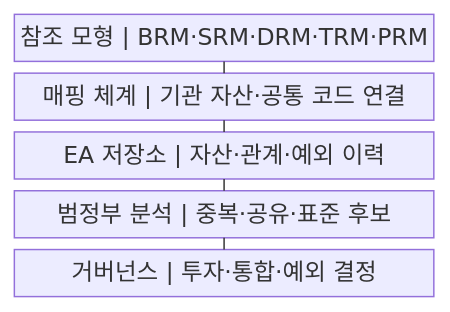
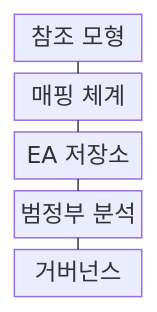
The first of 2 diagrams in src/content/docs/notes/03-software/190_government_ea_trm_drm.md (agnusdei1207/knowledge-base), drawn with Mermaid before and after one commit. The commit also changed other lines of this file and 238 other files, not shown here.

````diff
--- a/src/content/docs/notes/03-software/190_government_ea_trm_drm.md
+++ b/src/content/docs/notes/03-software/190_government_ea_trm_drm.md
@@ -50,13 +50,13 @@
 ```mermaid
-block
+block-beta
     columns 1
-    A["참조 모형 | BRM·SRM·DRM·TRM·PRM"]
-    B["매핑 체계 | 기관 자산·공통 코드 연결"]
-    C["EA 저장소 | 자산·관계·예외 이력"]
-    D["범정부 분석 | 중복·공유·표준 후보"]
-    E["거버넌스 | 투자·통합·예외 결정"]
+    A["참조 모형"]
+    B["매핑 체계"]
+    C["EA 저장소"]
+    D["범정부 분석"]
+    E["거버넌스"]
     A --- B
     B --- C
     C --- D
     D --- E
 ```
````
